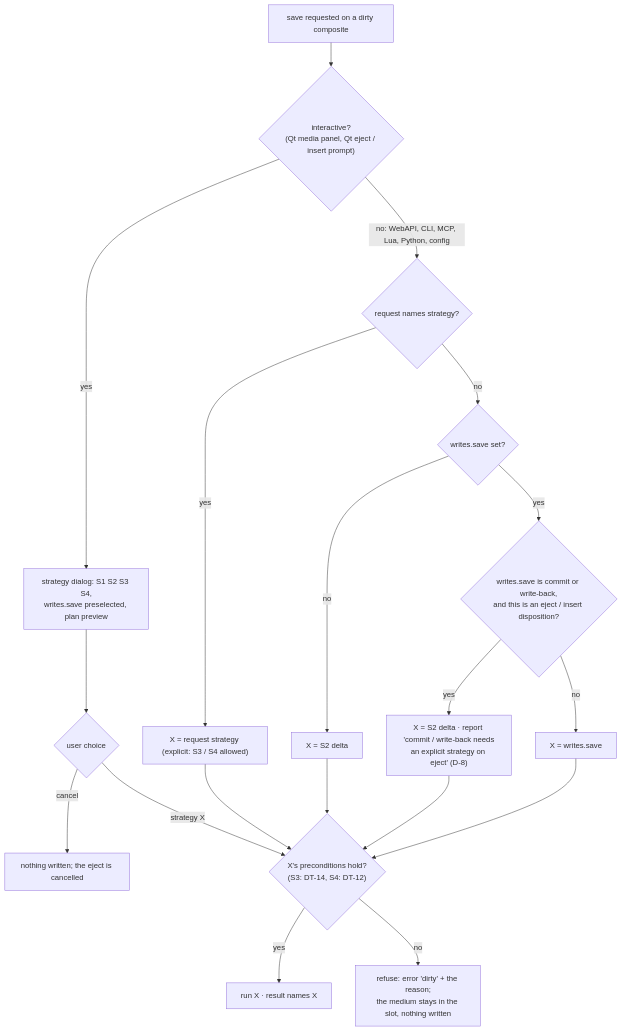
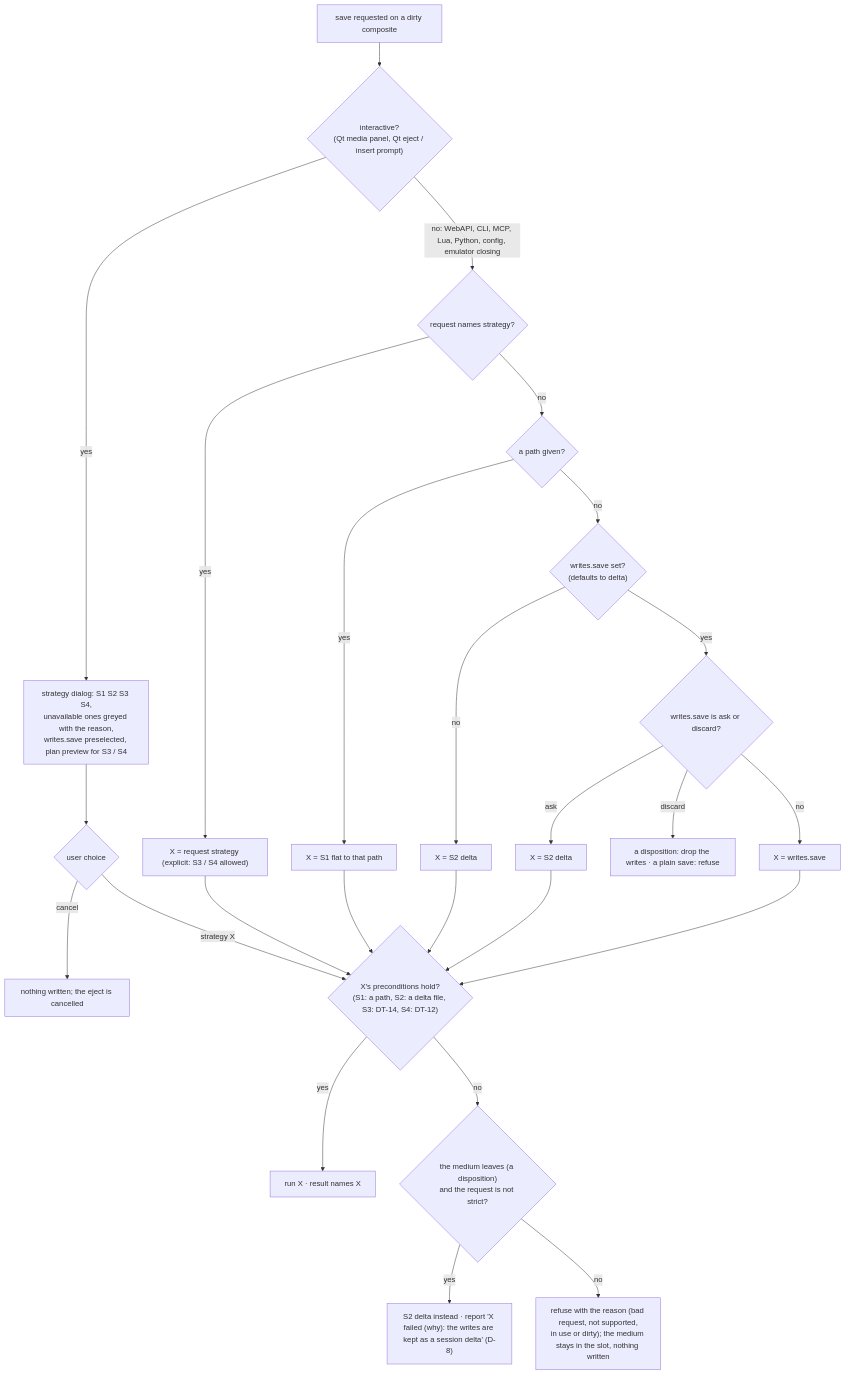
The second of 7 diagrams in docs/inprogress/2026-10-05-media-multisource/flatten-strategies.md (alfishe/unreal-ng), drawn with Mermaid before and after one commit. The commit also changed other lines of this file and 57 other files, not shown here.

````diff
--- a/docs/inprogress/2026-10-05-media-multisource/flatten-strategies.md
+++ b/docs/inprogress/2026-10-05-media-multisource/flatten-strategies.md
@@ -119,22 +173,28 @@
 ```mermaid
 flowchart TD
     A["save requested on a dirty composite"] --> I{"interactive?<br/>(Qt media panel, Qt eject / insert prompt)"}
-    I -->|"yes"| DLG["strategy dialog: S1 S2 S3 S4,<br/>writes.save preselected, plan preview"]
+    I -->|"yes"| DLG["strategy dialog: S1 S2 S3 S4,<br/>unavailable ones greyed with the reason,<br/>writes.save preselected, plan preview for S3 / S4"]
     DLG --> DC{"user choice"}
     DC -->|"cancel"| NONE["nothing written; the eject is cancelled"]
     DC -->|"strategy X"| RUN
-    I -->|"no: WebAPI, CLI, MCP, Lua, Python, config"| R{"request names strategy?"}
+    I -->|"no: WebAPI, CLI, MCP, Lua, Python, config, emulator closing"| R{"request names strategy?"}
     R -->|"yes"| X1["X = request strategy (explicit: S3 / S4 allowed)"]
     X1 --> RUN
-    R -->|"no"| D{"writes.save set?"}
+    R -->|"no"| PA{"a path given?"}
+    PA -->|"yes"| S1P["X = S1 flat to that path"]
+    PA -->|"no"| D{"writes.save set?<br/>(defaults to delta)"}
     D -->|"no"| S2["X = S2 delta"]
-    D -->|"yes"| E{"writes.save is commit or write-back,<br/>and this is an eject / insert disposition?"}
-    E -->|"yes"| S2B["X = S2 delta · report 'commit / write-back needs<br/>an explicit strategy on eject' (D-8)"]
+    D -->|"yes"| E{"writes.save is ask or discard?"}
+    E -->|"ask"| S2B["X = S2 delta"]
+    E -->|"discard"| DIS["a disposition: drop the writes · a plain save: refuse"]
     E -->|"no"| X2["X = writes.save"]
+    S1P --> RUN
     S2 --> RUN
     S2B --> RUN
     X2 --> RUN
-    RUN{"X's preconditions hold?<br/>(S3: DT-14, S4: DT-12)"}
+    RUN{"X's preconditions hold?<br/>(S1: a path, S2: a delta file, S3: DT-14, S4: DT-12)"}
     RUN -->|"yes"| OK["run X · result names X"]
-    RUN -->|"no"| REF["refuse: error 'dirty' + the reason;<br/>the medium stays in the slot, nothing written"]
+    RUN -->|"no"| LV{"the medium leaves (a disposition)<br/>and the request is not strict?"}
+    LV -->|"yes"| FB["S2 delta instead · report 'X failed (why): the writes are kept as a session delta' (D-8)"]
+    LV -->|"no"| REF["refuse with the reason (bad request, not supported,<br/>in use or dirty); the medium stays in the slot, nothing written"]
 ```
````
